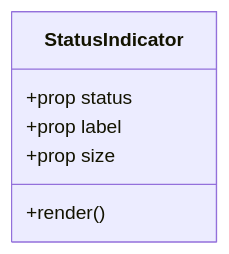
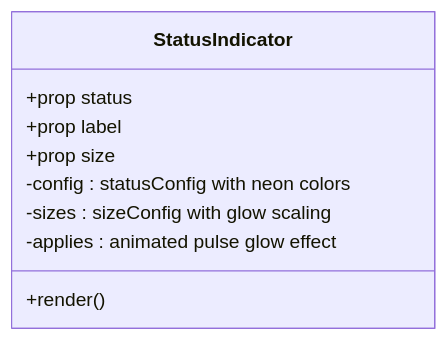
The sixth of 19 diagrams in .qoder/repowiki/en/content/Frontend Architecture/Component Architecture.md (RunTimeAdmin/InfraWatch), drawn with Mermaid before and after one commit. The commit also changed other lines of this file and 12 other files, not shown here.

````diff
--- a/.qoder/repowiki/en/content/Frontend Architecture/Component Architecture.md
+++ b/.qoder/repowiki/en/content/Frontend Architecture/Component Architecture.md
@@ -314,9 +316,12 @@
 ```mermaid
 classDiagram
 class StatusIndicator {
 +prop status
 +prop label
 +prop size
 +render()
+-config : statusConfig with neon colors
+-sizes : sizeConfig with glow scaling
+-applies : animated pulse glow effect
 }
 ```
````
